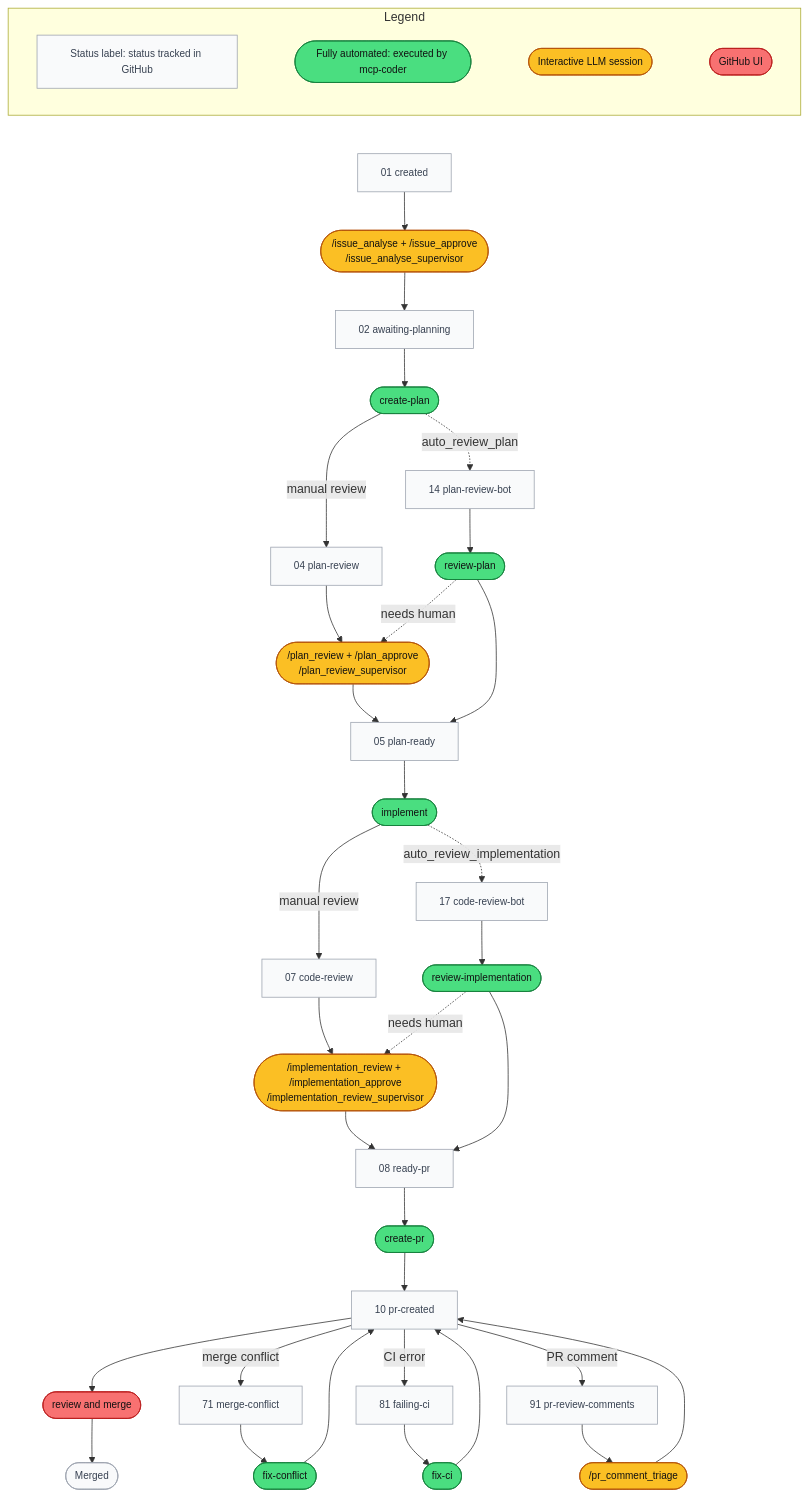
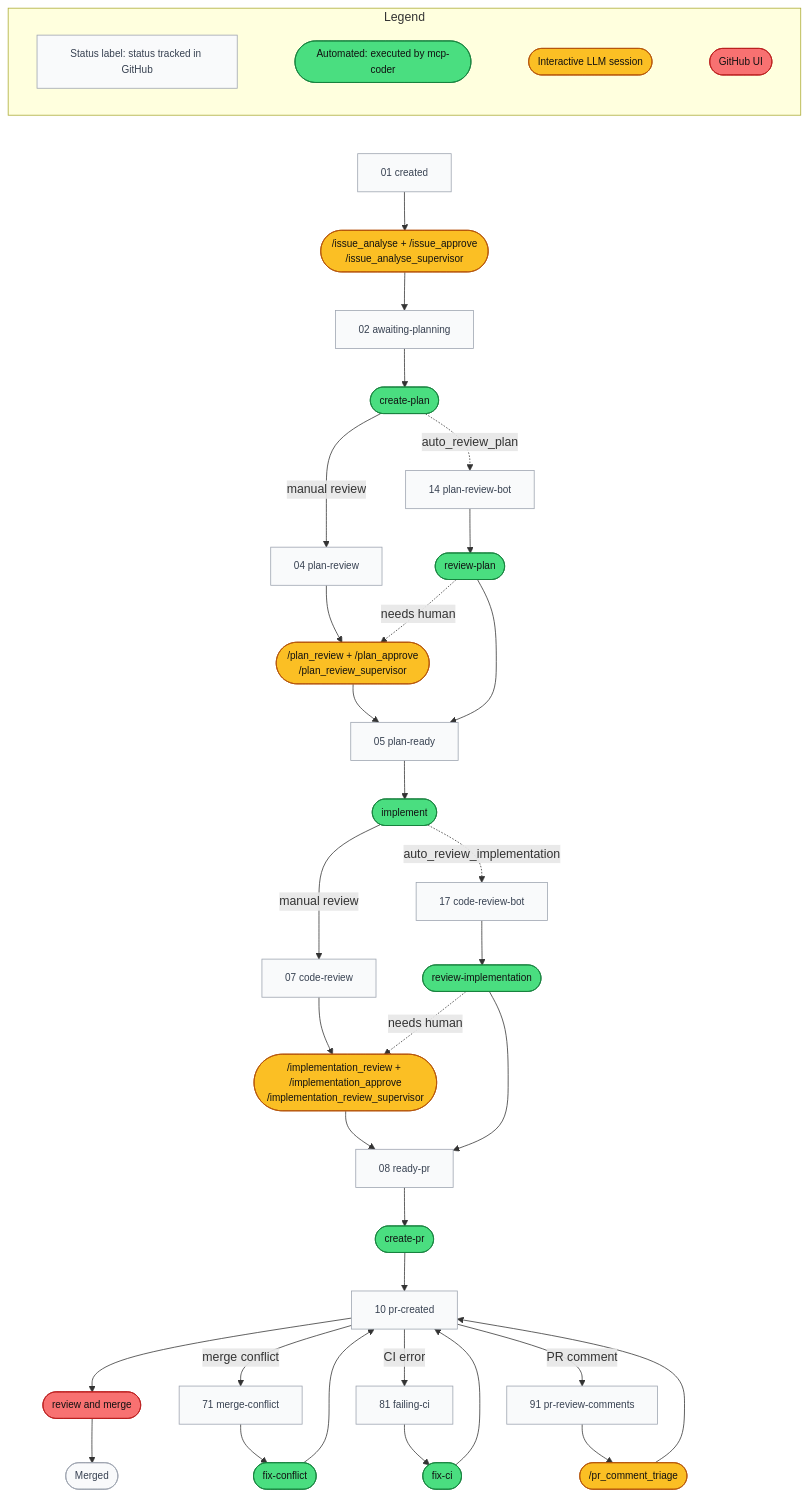
One commit to MarcusJellinghaus/mcp_coder changed the diagram in docs/processes-prompts/development-process.md. Above: the diagram before and after it, drawn with Mermaid. The commit also changed other lines of this file and 10 other files, not shown here.

````diff
--- a/docs/processes-prompts/development-process.md
+++ b/docs/processes-prompts/development-process.md
@@ -7,67 +7,67 @@
 ```mermaid
 flowchart TD
     subgraph Legend
         direction LR
         L4["Status label: status tracked in GitHub"]
-        L3(["Fully automated: executed by mcp-coder"])
+        L3(["Automated: executed by mcp-coder"])
         L2(["Interactive LLM session"])
         L1(["GitHub UI"])
         L4 ~~~ L3 ~~~ L2 ~~~ L1
     end
     Legend ~~~ S01
 
     S01["01 created"]
     H1(["/issue_analyse + /issue_approve<br/>/issue_analyse_supervisor"])
     S02["02 awaiting-planning"]
     A2(["create-plan"])
     S04["04 plan-review"]
     H3(["/plan_review + /plan_approve<br/>/plan_review_supervisor"])
     S05["05 plan-ready"]
     A4(["implement"])
     S07["07 code-review"]
     H5(["/implementation_review + /implementation_approve<br/>/implementation_review_supervisor"])
     S08["08 ready-pr"]
     A6(["create-pr"])
     S10["10 pr-created"]
     H7(["review and merge"])
     M(["Merged"])
 
     S14["14 plan-review-bot"]
     A8(["review-plan"])
     S17["17 code-review-bot"]
     A9(["review-implementation"])
 
     S71["71 merge-conflict"]
     S81["81 failing-ci"]
     S91["91 pr-review-comments"]
     F1(["fix-conflict"])
     F2(["fix-ci"])
     F3(["/pr_comment_triage"])
 
     S01 --> H1 --> S02 --> A2
 
     A2 -->|"manual review"| S04 --> H3 --> S05
     A2 -.->|"auto_review_plan"| S14 --> A8 --> S05
     A8 -.->|"needs human"| H3
 
     S05 --> A4
 
     A4 -->|"manual review"| S07 --> H5 --> S08
     A4 -.->|"auto_review_implementation"| S17 --> A9 --> S08
     A9 -.->|"needs human"| H5
 
     S08 --> A6 --> S10 --> H7 --> M
 
     S10 -->|"merge conflict"| S71 --> F1 --> S10
     S10 -->|"CI error"| S81 --> F2 --> S10
     S10 -->|"PR comment"| S91 --> F3 --> S10
 
     classDef state fill:#f9fafb,stroke:#9ca3af,color:#374151,font-size:13px
     classDef actHuman fill:#f87171,stroke:#b91c1c,color:#111,font-size:13px
     classDef actSupervisor fill:#fbbf24,stroke:#b45309,color:#111,font-size:13px
     classDef actAuto fill:#4ade80,stroke:#15803d,color:#111,font-size:13px
     class S01,S02,S04,S05,S07,S08,S10,S14,S17,S71,S81,S91,M,L4 state
     class H7,L1 actHuman
     class H1,H3,H5,F3,L2 actSupervisor
     class A2,A4,A6,A8,A9,F1,F2,L3 actAuto
 ```
````
